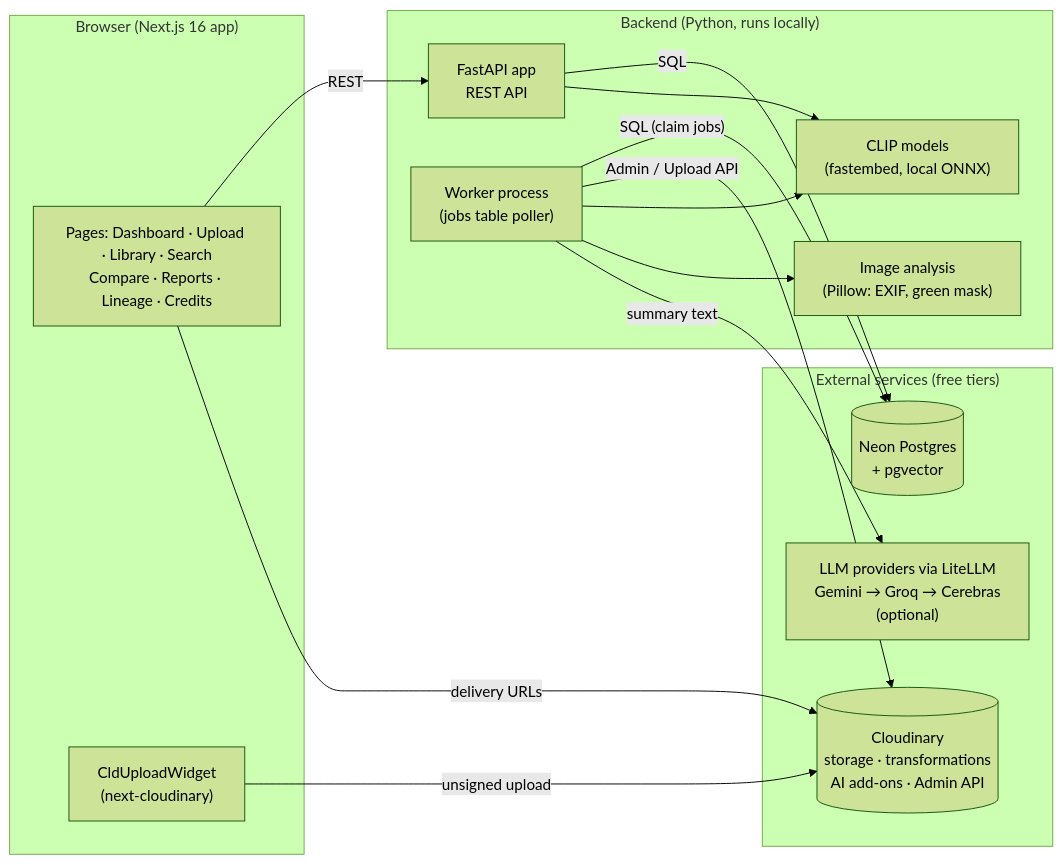
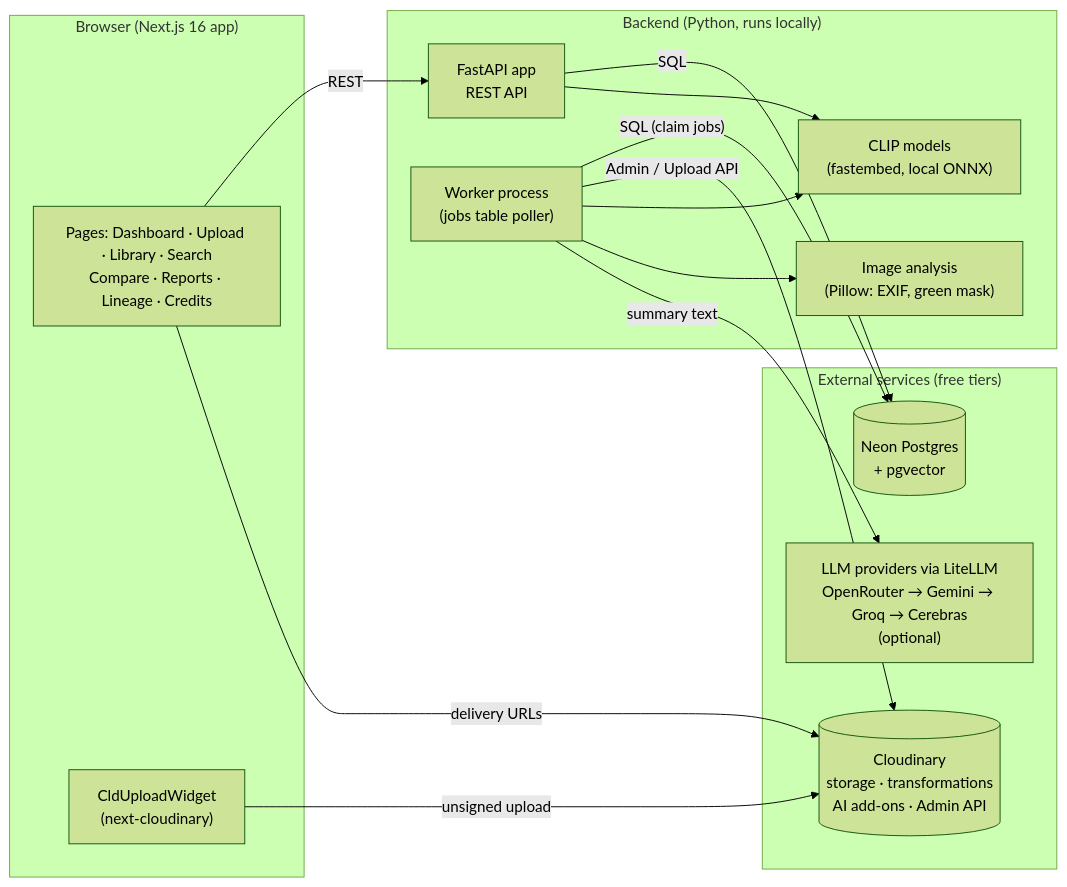
Before and after one commit to MonisMS/cc-hack: the diagram in README.md, drawn with Mermaid (forest theme). The commit also changed other lines of this file and 20 other files, not shown here.

Commit message:
Video uploads, Gemini summaries with honest placeholders, photo-tile and area charts, offline snapshot fallback

````diff
--- a/README.md
+++ b/README.md
@@ -43,31 +44,31 @@
 ```mermaid
 flowchart LR
     subgraph Browser["Browser (Next.js 16 app)"]
         UI["Pages: Dashboard · Upload · Library · Search<br/>Compare · Reports · Lineage · Credits"]
         W["CldUploadWidget<br/>(next-cloudinary)"]
     end
 
     subgraph API["Backend (Python, runs locally)"]
         FA["FastAPI app<br/>REST API"]
         WK["Worker process<br/>(jobs table poller)"]
         CL["CLIP models<br/>(fastembed, local ONNX)"]
         IM["Image analysis<br/>(Pillow: EXIF, green mask)"]
     end
 
     subgraph Cloud["External services (free tiers)"]
         CLD[("Cloudinary<br/>storage · transformations<br/>AI add-ons · Admin API")]
         DB[("Neon Postgres<br/>+ pgvector")]
-        LLM["LLM providers via LiteLLM<br/>Gemini → Groq → Cerebras<br/>(optional)"]
+        LLM["LLM providers via LiteLLM<br/>OpenRouter → Gemini → Groq → Cerebras<br/>(optional)"]
     end
 
     W -- "unsigned upload" --> CLD
     UI -- "REST" --> FA
     UI -- "delivery URLs" --> CLD
     FA -- "SQL" --> DB
     WK -- "SQL (claim jobs)" --> DB
     WK -- "Admin / Upload API" --> CLD
     WK --> CL
     WK --> IM
     WK -- "summary text" --> LLM
     FA --> CL
 ```
````
